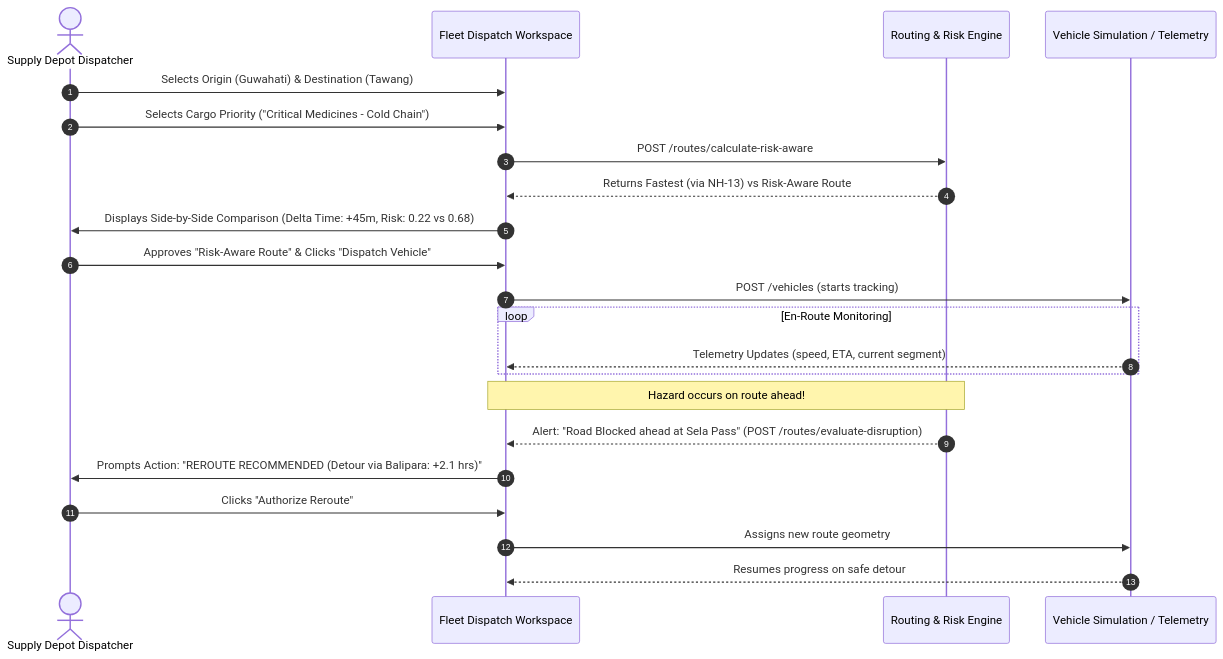
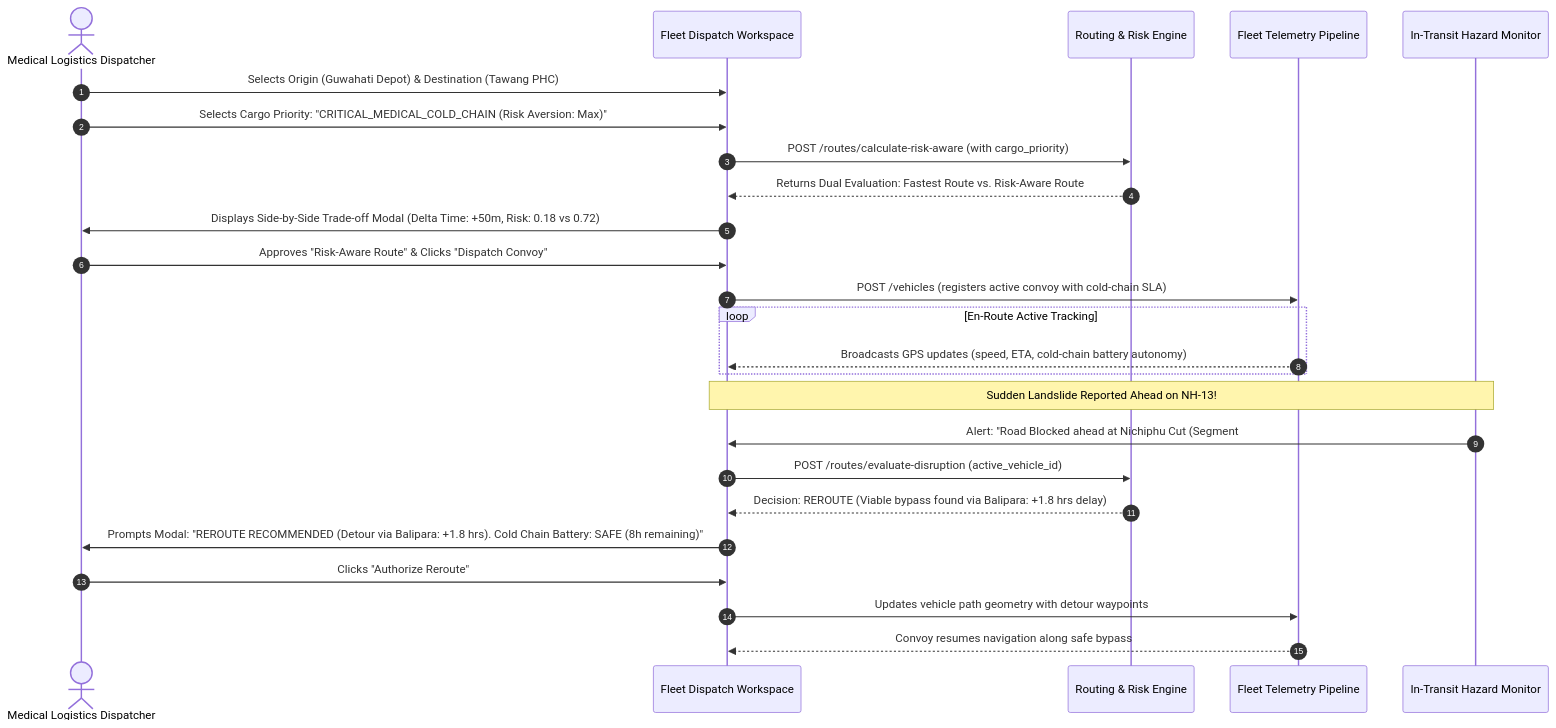
The first of 6 diagrams in docs/USER_FLOWS_AND_UI_ARCHITECTURE.md (Nekosuss/sih-prototype), drawn with Mermaid before and after one commit. The commit also changed other lines of this file and 7 other files, not shown here.

Commit message:
docs: comprehensive PS 26002 requirements, stakeholder analysis, gap analysis, user flows & competitive research

````diff
--- a/docs/USER_FLOWS_AND_UI_ARCHITECTURE.md
+++ b/docs/USER_FLOWS_AND_UI_ARCHITECTURE.md
@@ -45,25 +56,30 @@
 ```mermaid
 sequenceDiagram
     autonumber
-    actor Dispatcher as Supply Depot Dispatcher
+    actor Dispatcher as Medical Logistics Dispatcher
     participant UI as Fleet Dispatch Workspace
     participant Engine as Routing & Risk Engine
-    participant Vehicle as Vehicle Simulation / Telemetry
+    participant Telemetry as Fleet Telemetry Pipeline
+    participant State as In-Transit Hazard Monitor
 
-    Dispatcher->>UI: Selects Origin (Guwahati) & Destination (Tawang)
-    Dispatcher->>UI: Selects Cargo Priority ("Critical Medicines - Cold Chain")
-    UI->>Engine: POST /routes/calculate-risk-aware
-    Engine-->>UI: Returns Fastest (via NH-13) vs Risk-Aware Route
-    UI->>Dispatcher: Displays Side-by-Side Comparison (Delta Time: +45m, Risk: 0.22 vs 0.68)
-    Dispatcher->>UI: Approves "Risk-Aware Route" & Clicks "Dispatch Vehicle"
-    UI->>Vehicle: POST /vehicles (starts tracking)
-    loop En-Route Monitoring
-        Vehicle-->>UI: Telemetry Updates (speed, ETA, current segment)
+    Dispatcher->>UI: Selects Origin (Guwahati Depot) & Destination (Tawang PHC)
+    Dispatcher->>UI: Selects Cargo Priority: "CRITICAL_MEDICAL_COLD_CHAIN (Risk Aversion: Max)"
+    UI->>Engine: POST /routes/calculate-risk-aware (with cargo_priority)
+    Engine-->>UI: Returns Dual Evaluation: Fastest Route vs. Risk-Aware Route
+    UI->>Dispatcher: Displays Side-by-Side Trade-off Modal (Delta Time: +50m, Risk: 0.18 vs 0.72)
+    Dispatcher->>UI: Approves "Risk-Aware Route" & Clicks "Dispatch Convoy"
+    UI->>Telemetry: POST /vehicles (registers active convoy with cold-chain SLA)
+    
+    loop En-Route Active Tracking
+        Telemetry-->>UI: Broadcasts GPS updates (speed, ETA, cold-chain battery autonomy)
     end
-    Note over UI, Engine: Hazard occurs on route ahead!
-    Engine-->>UI: Alert: "Road Blocked ahead at Sela Pass" (POST /routes/evaluate-disruption)
-    UI->>Dispatcher: Prompts Action: "REROUTE RECOMMENDED (Detour via Balipara: +2.1 hrs)"
+
+    Note over State, UI: Sudden Landslide Reported Ahead on NH-13!
+    State->>UI: Alert: "Road Blocked ahead at Nichiphu Cut (Segment #142)"
+    UI->>Engine: POST /routes/evaluate-disruption (active_vehicle_id)
+    Engine-->>UI: Decision: REROUTE (Viable bypass found via Balipara: +1.8 hrs delay)
+    UI->>Dispatcher: Prompts Modal: "REROUTE RECOMMENDED (Detour via Balipara: +1.8 hrs). Cold Chain Battery: SAFE (8h remaining)"
     Dispatcher->>UI: Clicks "Authorize Reroute"
-    UI->>Vehicle: Assigns new route geometry
-    Vehicle-->>UI: Resumes progress on safe detour
+    UI->>Telemetry: Updates vehicle path geometry with detour waypoints
+    Telemetry-->>UI: Convoy resumes navigation along safe bypass
 ```
````
